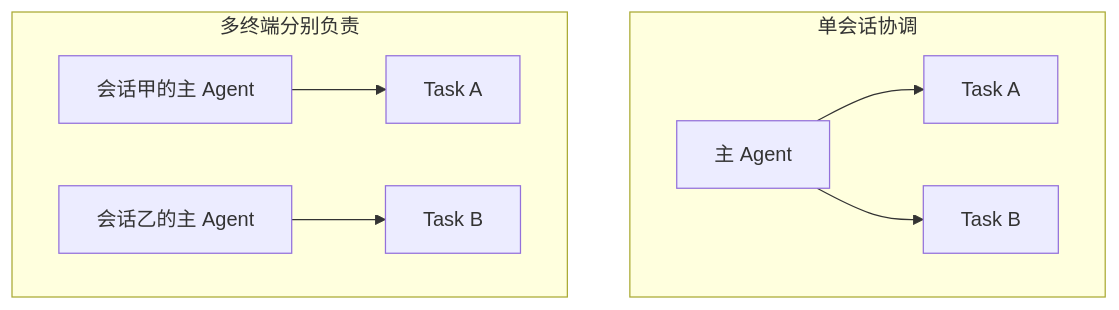
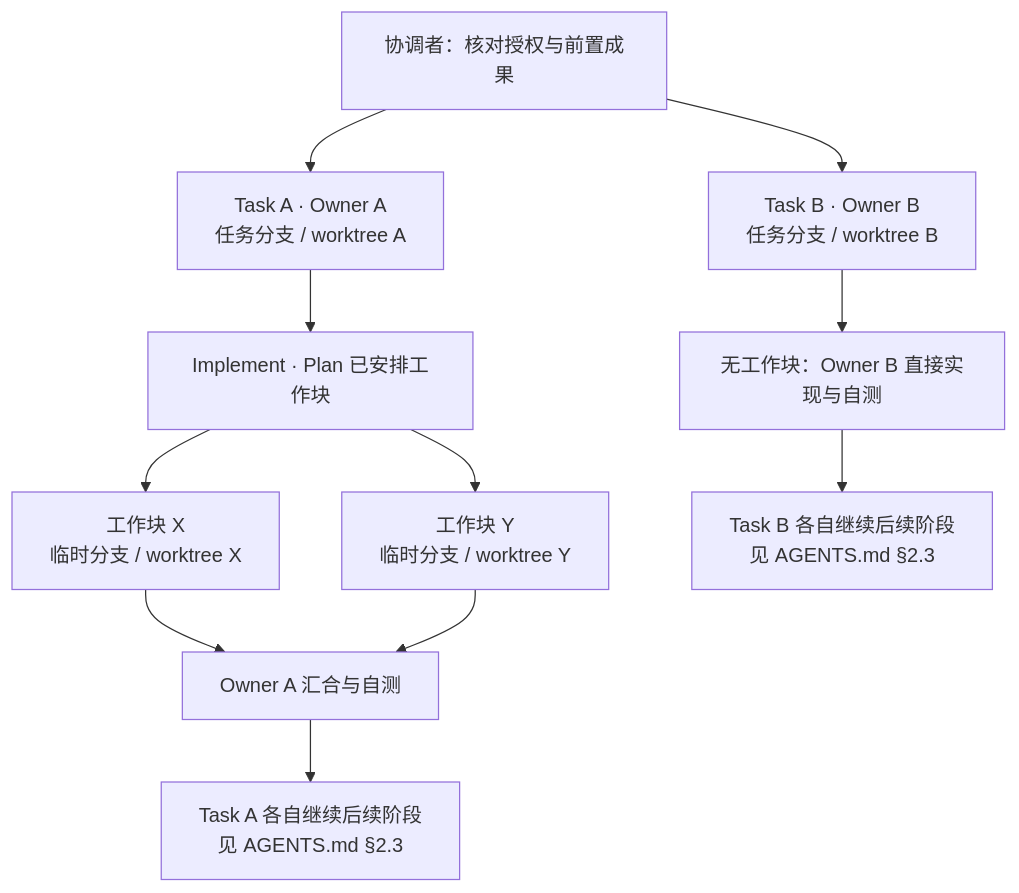
Before and after one commit to BenYang9527/skills-develop: the diagram in skills/engineering/td-harness-build/assets/project/agent-roles.md, drawn with Mermaid. The commit also changed other lines of this file and 43 other files, not shown here.

````diff
--- a/skills/engineering/td-harness-build/assets/project/agent-roles.md
+++ b/skills/engineering/td-harness-build/assets/project/agent-roles.md
@@ -27,11 +28,13 @@
 ```mermaid
 flowchart TB
-    subgraph S["单会话协调"]
-        M["主 Agent"] --> A["Task A"]
-        M --> B["Task B"]
-    end
-    subgraph P["多终端分别负责"]
-        M1["会话甲的主 Agent"] --> A1["Task A"]
-        M2["会话乙的主 Agent"] --> B1["Task B"]
-    end
+    C["协调者：核对授权与前置成果"] --> A["Task A · Owner A<br/>任务分支 / worktree A"]
+    C --> B["Task B · Owner B<br/>任务分支 / worktree B"]
+    A --> I["Implement · Plan 已安排工作块"]
+    I --> X["工作块 X<br/>临时分支 / worktree X"]
+    I --> Y["工作块 Y<br/>临时分支 / worktree Y"]
+    X --> J["Owner A 汇合与自测"]
+    Y --> J
+    B --> K["无工作块：Owner B 直接实现与自测"]
+    J --> NA["Task A 各自继续后续阶段<br/>见 AGENTS.md §2.3"]
+    K --> NB["Task B 各自继续后续阶段<br/>见 AGENTS.md §2.3"]
 ```
````
